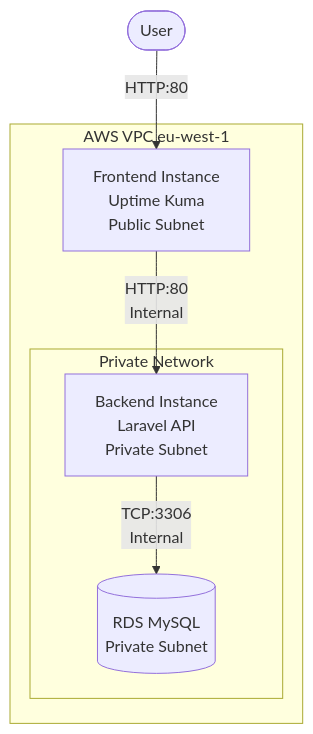
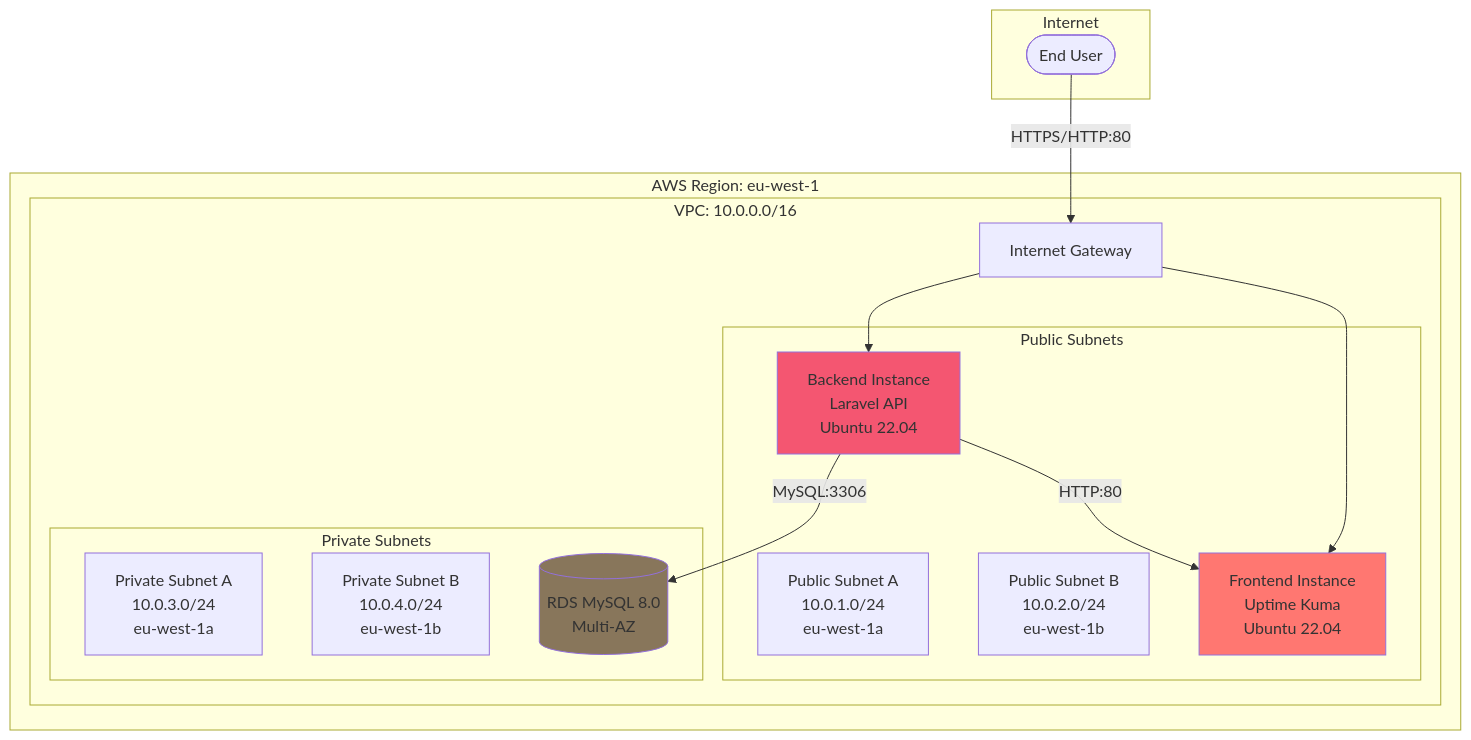
One commit to Omarh4700/Obelion-Cloud-task changed the first of 2 diagrams in README.md. Above: the diagram before and after it, drawn with Mermaid. The commit also changed other lines of this file, not shown here.

First line of the commit message:
fix: correct subnet CIDR blocks and remove NAT Gateway references

````diff
--- a/README.md
+++ b/README.md
@@ -9,14 +22,35 @@
 ```mermaid
-graph TD
-    User([User]) -->|HTTP:80| Frontend[Frontend Instance<br>Uptime Kuma<br>Public Subnet]
-    Frontend -->|HTTP:80<br>Internal| Backend[Backend Instance<br>Laravel API<br>Private Subnet]
-    Backend -->|TCP:3306<br>Internal| DB[(RDS MySQL<br>Private Subnet)]
+graph TB
+    subgraph Internet
+        User([End User])
+    end
     
-    subgraph VPC [AWS VPC eu-west-1]
-        Frontend
-        subgraph Private [Private Network]
-            Backend
-            DB
+    subgraph AWS_Region[AWS Region: eu-west-1]
+        subgraph VPC[VPC: 10.0.0.0/16]
+            IGW[Internet Gateway]
+            
+            subgraph PublicSubnets[Public Subnets]
+                SubnetA[Public Subnet A<br/>10.0.1.0/24<br/>eu-west-1a]
+                SubnetB[Public Subnet B<br/>10.0.2.0/24<br/>eu-west-1b]
+                Frontend[Frontend Instance<br/>Uptime Kuma<br/>Ubuntu 22.04]
+                Backend[Backend Instance<br/>Laravel API<br/>Ubuntu 22.04]
+            end
+            
+            subgraph PrivateSubnets[Private Subnets]
+                PrivA[Private Subnet A<br/>10.0.3.0/24<br/>eu-west-1a]
+                PrivB[Private Subnet B<br/>10.0.4.0/24<br/>eu-west-1b]
+                RDS[(RDS MySQL 8.0<br/>Multi-AZ)]
+            end
         end
     end
+    
+    User -->|HTTPS/HTTP:80| IGW
+    IGW --> Frontend
+    IGW --> Backend
+    Backend -->|HTTP:80| Frontend
+    Backend -->|MySQL:3306| RDS
+    
+    style Frontend fill:#FF7771
+    style Backend fill:#F45671
+    style RDS fill:#88765B
 ```
````
